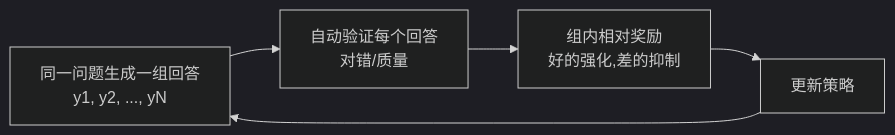
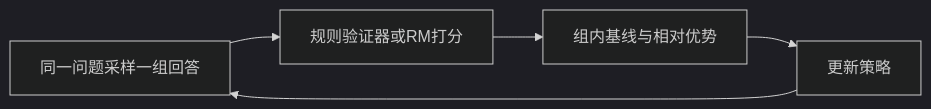
Before and after one commit to AI-learning-simple/Build-Your-Own-LLM: the third of 3 diagrams in 2. Alignment 与训练工程/5. Preference Learning——人类偏好的建模与优化.md, drawn with Mermaid (dark theme). The commit also changed other lines of this file and 27 other files, not shown here.

````diff
--- a/2. Alignment 与训练工程/5. Preference Learning——人类偏好的建模与优化.md
+++ b/2. Alignment 与训练工程/5. Preference Learning——人类偏好的建模与优化.md
@@ -180,4 +180,4 @@
 ```mermaid
 flowchart LR
-    A[同一问题生成一组回答<br/>y1, y2, ..., yN] --> B[自动验证每个回答<br/>对错/质量] --> C[组内相对奖励<br/>好的强化,差的抑制] --> D[更新策略] --> A
+    A[同一问题采样一组回答] --> B[规则验证器或RM打分] --> C[组内基线与相对优势] --> D[更新策略] --> A
 ```
````
